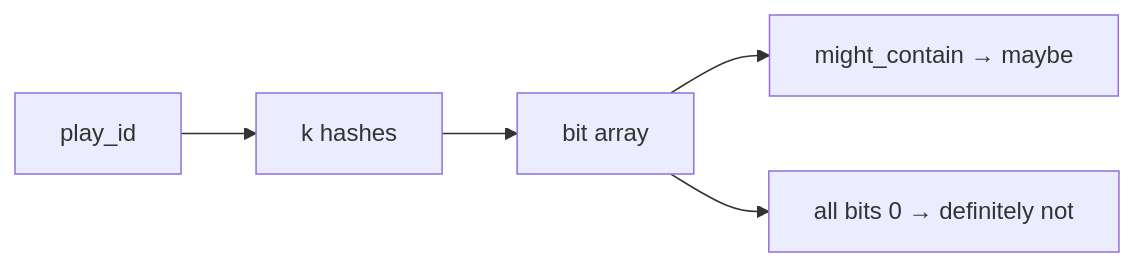
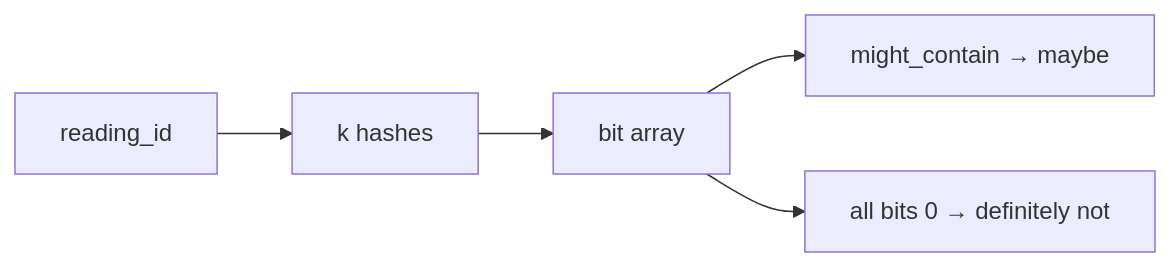
The second of 4 diagrams in docs/dsa/data-structures/honorable-mention-adt/index.md (qgjones9/python-programming-guide), drawn with Mermaid before and after one commit. The commit also changed other lines of this file and 29 other files, not shown here.

````diff
--- a/docs/dsa/data-structures/honorable-mention-adt/index.md
+++ b/docs/dsa/data-structures/honorable-mention-adt/index.md
@@ -160,7 +160,7 @@
 ```mermaid
 flowchart LR
-  PID["play_id"] --> H["k hashes"]
+  RID["reading_id"] --> H["k hashes"]
   H --> B["bit array"]
   B --> Y["might_contain → maybe"]
   B --> N["all bits 0 → definitely not"]
 ```
````
